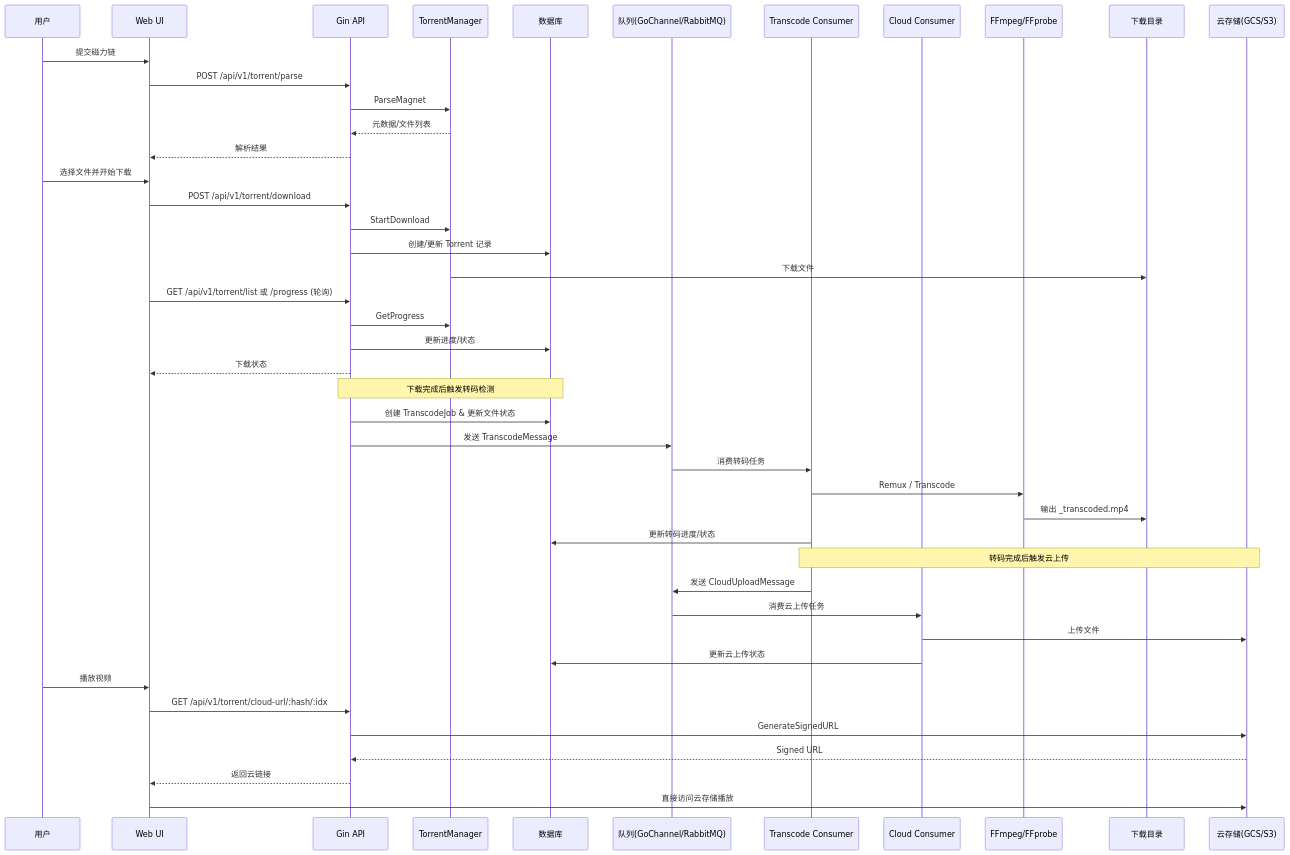
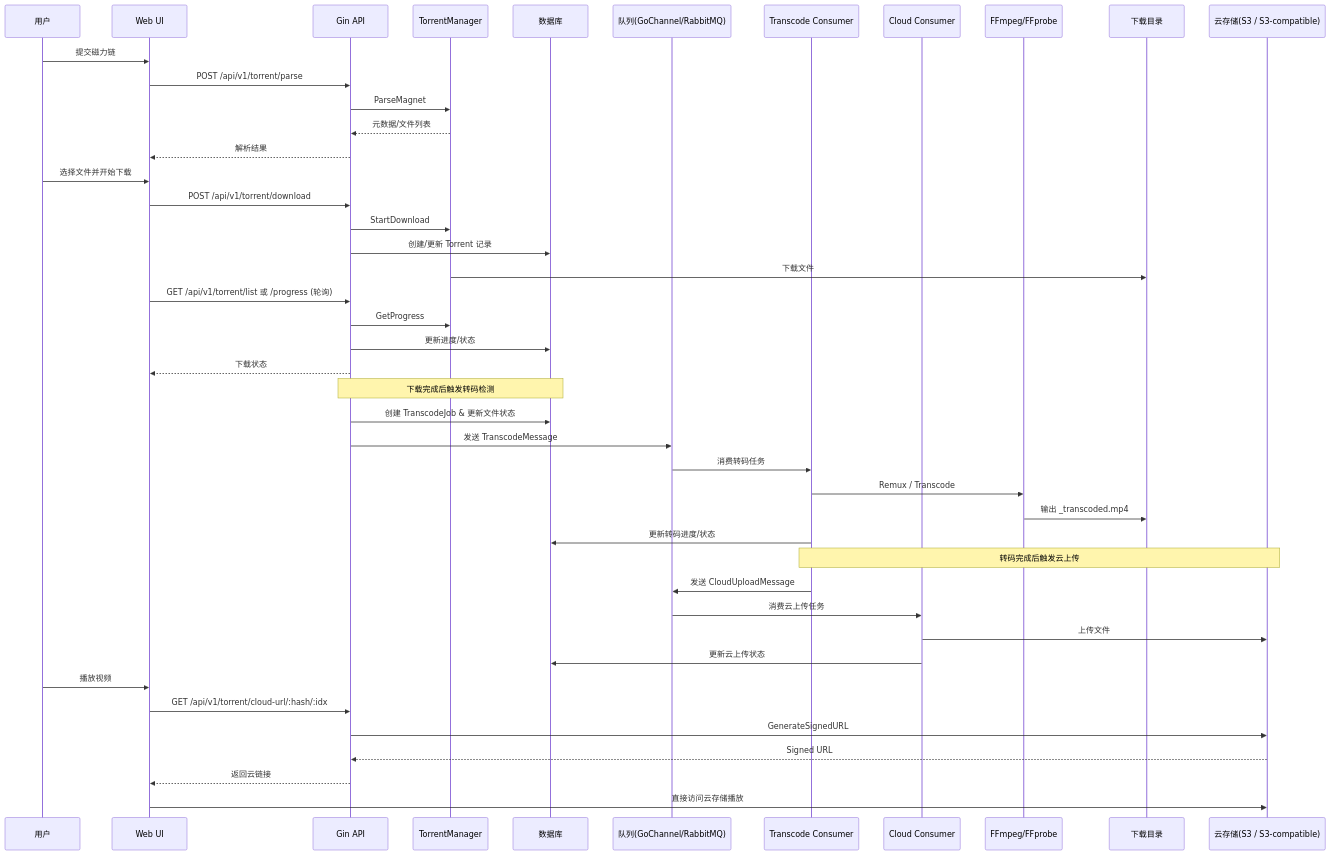
Before and after one commit to JackYinpei/magnet2video: the third of 3 diagrams in CLAUDE.md, drawn with Mermaid. The commit also changed other lines of this file and 17 other files, not shown here.

````diff
--- a/CLAUDE.md
+++ b/CLAUDE.md
@@ -727,52 +726,52 @@
 ```mermaid
 sequenceDiagram
   participant U as 用户
   participant UI as Web UI
   participant API as Gin API
   participant TM as TorrentManager
   participant DB as 数据库
   participant Q as 队列(GoChannel/RabbitMQ)
   participant C as Transcode Consumer
   participant CC as Cloud Consumer
   participant FF as FFmpeg/FFprobe
   participant FS as 下载目录
-  participant Cloud as 云存储(GCS/S3)
+  participant Cloud as 云存储(S3 / S3-compatible)
 
   U->>UI: 提交磁力链
   UI->>API: POST /api/v1/torrent/parse
   API->>TM: ParseMagnet
   TM-->>API: 元数据/文件列表
   API-->>UI: 解析结果
 
   U->>UI: 选择文件并开始下载
   UI->>API: POST /api/v1/torrent/download
   API->>TM: StartDownload
   API->>DB: 创建/更新 Torrent 记录
   TM->>FS: 下载文件
 
   UI->>API: GET /api/v1/torrent/list 或 /progress (轮询)
   API->>TM: GetProgress
   API->>DB: 更新进度/状态
   API-->>UI: 下载状态
 
   Note over API,DB: 下载完成后触发转码检测
   API->>DB: 创建 TranscodeJob & 更新文件状态
   API->>Q: 发送 TranscodeMessage
   Q->>C: 消费转码任务
   C->>FF: Remux / Transcode
   FF->>FS: 输出 _transcoded.mp4
   C->>DB: 更新转码进度/状态
 
   Note over C,Cloud: 转码完成后触发云上传
   C->>Q: 发送 CloudUploadMessage
   Q->>CC: 消费云上传任务
   CC->>Cloud: 上传文件
   CC->>DB: 更新云上传状态
 
   U->>UI: 播放视频
   UI->>API: GET /api/v1/torrent/cloud-url/:hash/:idx
   API->>Cloud: GenerateSignedURL
   Cloud-->>API: Signed URL
   API-->>UI: 返回云链接
   UI->>Cloud: 直接访问云存储播放
 ```
````
